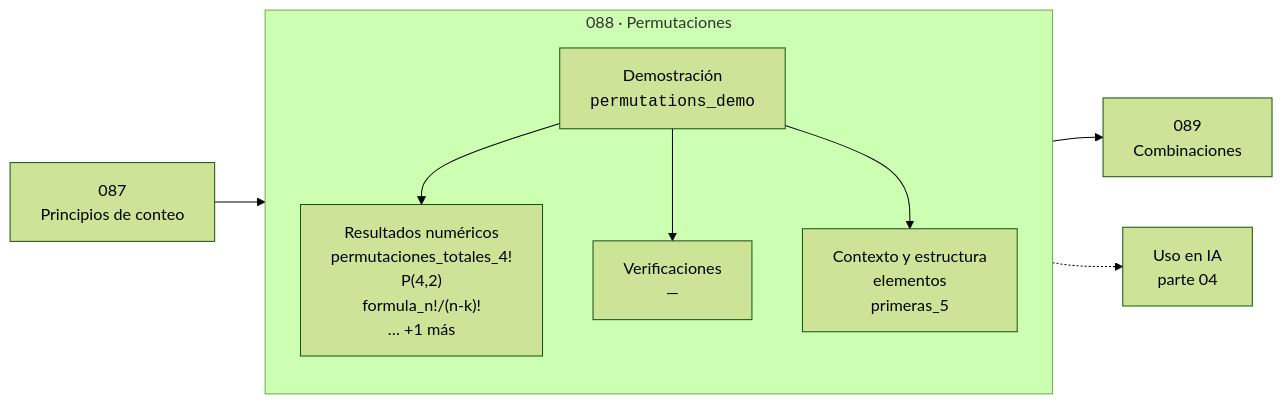
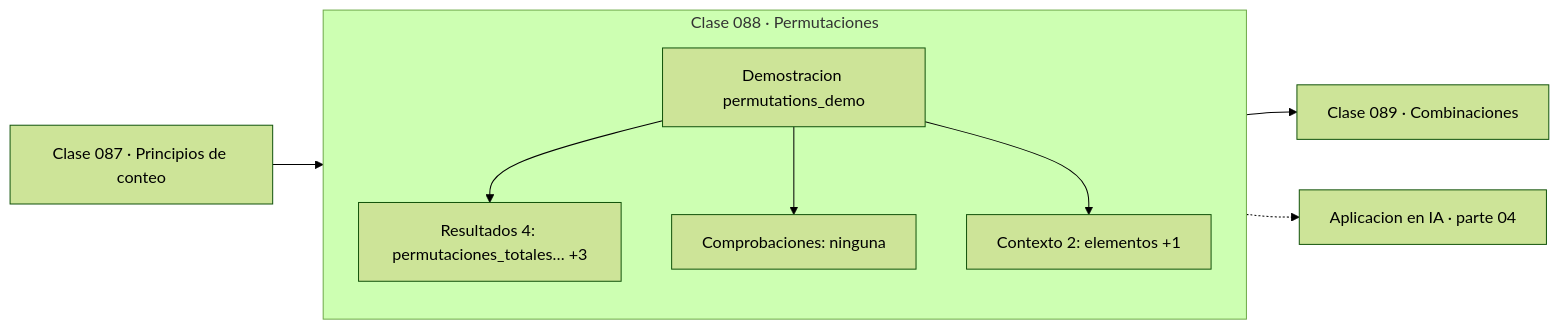
One commit to vladimiracunadev-create/computational-mathematics-program changed the diagram in classes/part-04-matematica-discreta-para-computacion/088-permutaciones/README.md. Above: the diagram before and after it, drawn with Mermaid (forest theme). The commit also changed other lines of this file and 389 other files, not shown here.

First line of the commit message:
fix(diagramas): elimina el HTML de las etiquetas Mermaid

````diff
--- a/classes/part-04-matematica-discreta-para-computacion/088-permutaciones/README.md
+++ b/classes/part-04-matematica-discreta-para-computacion/088-permutaciones/README.md
@@ -30,12 +36,13 @@
 ```mermaid
 flowchart LR
-    P["087<br/>Principios de conteo"] --> C
-    subgraph C["088 · Permutaciones"]
+    P["Clase 087 · Principios de conteo"] --> D
+    subgraph CLASE["Clase 088 · Permutaciones"]
         direction TB
-        D["Demostración<br/><code>permutations_demo</code>"] --> R["Resultados numéricos<br/>permutaciones_totales_4!<br/>P(4,2)<br/>formula_n!/(n-k)!<br/>… +1 más"]
-        D --> V["Verificaciones<br/>—"]
-        D --> O["Contexto y estructura<br/>elementos<br/>primeras_5"]
+        D["Demostracion permutations_demo"]
+        D --> R["Resultados 4: permutaciones_totales… +3"]
+        D --> V["Comprobaciones: ninguna"]
+        D --> O["Contexto 2: elementos +1"]
     end
-    C --> N["089<br/>Combinaciones"]
-    C -.-> IA["Uso en IA<br/>parte 04"]
+    R --> N["Clase 089 · Combinaciones"]
+    V -.-> IA["Aplicacion en IA · parte 04"]
 ```
````
